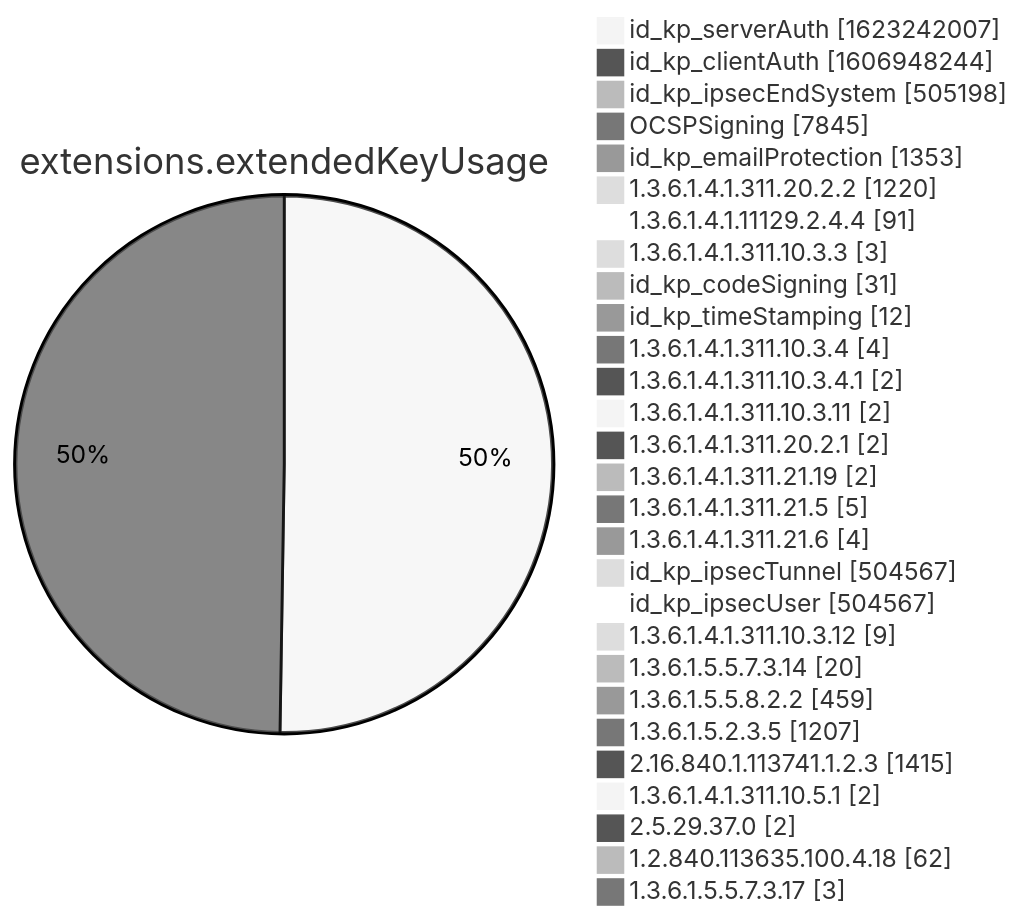
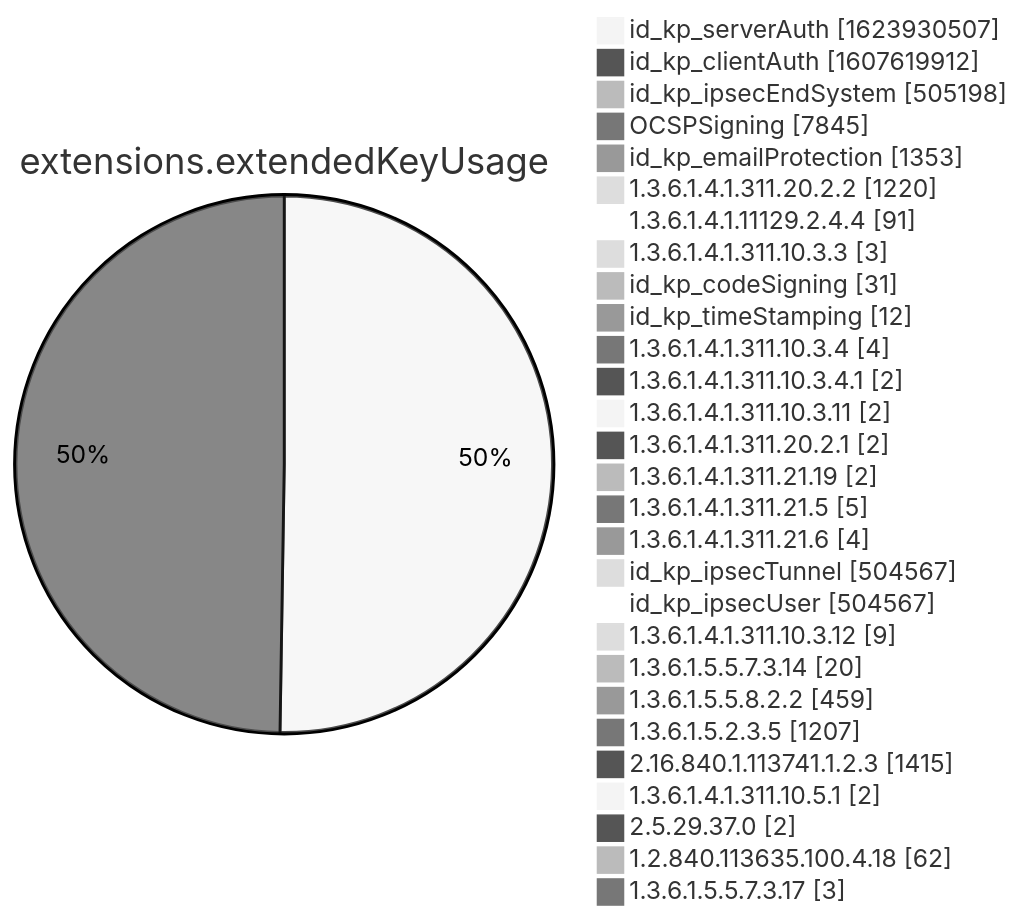
One commit to christiankrug/ctmonitor_visualization changed diagram 12 of 15 in xenon2022/README.md. Above: the diagram before and after it, drawn with Mermaid (neutral theme). The commit also changed other lines of this file, not shown here.

````diff
--- a/xenon2022/README.md
+++ b/xenon2022/README.md
@@ -3886,32 +3886,32 @@
 ```mermaid
 pie showData
 title extensions.extendedKeyUsage
-"id_kp_serverAuth" :1623242007
-"id_kp_clientAuth" :1606948244
+"id_kp_serverAuth" :1623930507
+"id_kp_clientAuth" :1607619912
 "id_kp_ipsecEndSystem" :505198
 "OCSPSigning" :7845
 "id_kp_emailProtection" :1353
 "1.3.6.1.4.1.311.20.2.2" :1220
 "1.3.6.1.4.1.11129.2.4.4" :91
 "1.3.6.1.4.1.311.10.3.3" :3
 "id_kp_codeSigning" :31
 "id_kp_timeStamping" :12
 "1.3.6.1.4.1.311.10.3.4" :4
 "1.3.6.1.4.1.311.10.3.4.1" :2
 "1.3.6.1.4.1.311.10.3.11" :2
 "1.3.6.1.4.1.311.20.2.1" :2
 "1.3.6.1.4.1.311.21.19" :2
 "1.3.6.1.4.1.311.21.5" :5
 "1.3.6.1.4.1.311.21.6" :4
 "id_kp_ipsecTunnel" :504567
 "id_kp_ipsecUser" :504567
 "1.3.6.1.4.1.311.10.3.12" :9
 "1.3.6.1.5.5.7.3.14" :20
 "1.3.6.1.5.5.8.2.2" :459
 "1.3.6.1.5.2.3.5" :1207
 "2.16.840.1.113741.1.2.3" :1415
 "1.3.6.1.4.1.311.10.5.1" :2
 "2.5.29.37.0" :2
 "1.2.840.113635.100.4.18" :62
 "1.3.6.1.5.5.7.3.17" :3
 ```
````
